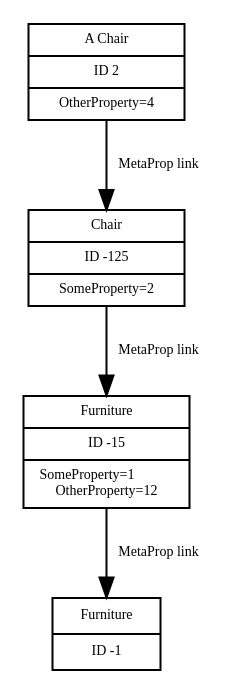
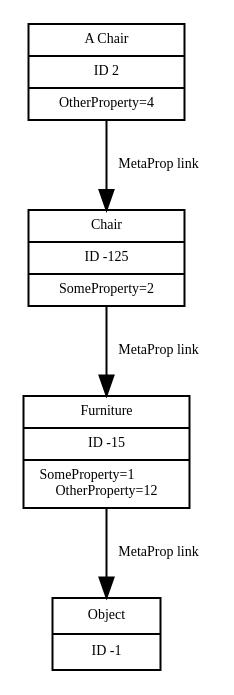
One commit to volca02/openDarkEngine changed the diagram in doc/src/propinh.dot. Above: the diagram before and after it, drawn with Graphviz. The commit also changed 2 other files, not shown here.

Commit message:
small graph tweaks

```diff
--- a/doc/src/propinh.dot
+++ b/doc/src/propinh.dot
@@ -1,36 +1,36 @@
 digraph G {
 	fontname = "Bitstream Vera Sans"
 	fontsize = 8
 	
 	node [
 		fontname = "Bitstream Vera Sans"
 		fontsize = 7
 		shape = "record"	
 	]
 	
 	edge [
 		fontname = "Bitstream Vera Sans"
 		fontsize = 7
 		label = " MetaProp link"
 	]
 	
 	Object [
-		label = "{Furniture|ID -1}"
+		label = "{Object|ID -1}"
 	]
 	
 	Furniture [
 		label = "{Furniture|ID -15|SomeProperty=1\lOtherProperty=12}"
 	]
 		
 	Chair [
 		label = "{Chair|ID -125|SomeProperty=2}"
 	]	
 	
 	A_Chair [
 		label = "{A Chair|ID 2|OtherProperty=4}"
 	]
 	
 	Furniture -> Object
 	Chair -> Furniture
 	A_Chair -> Chair
 }
```
